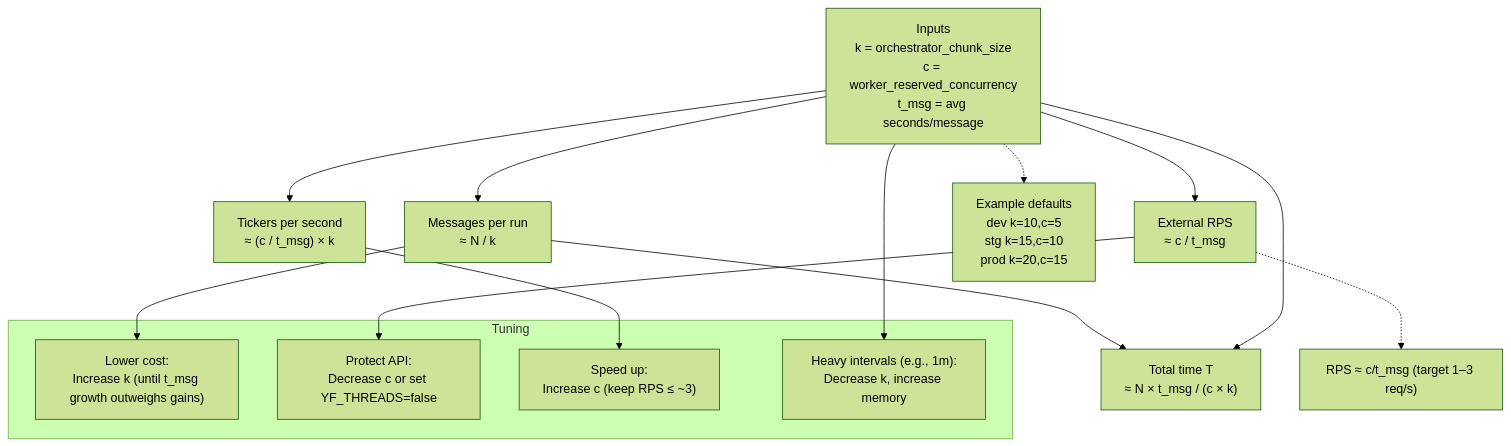
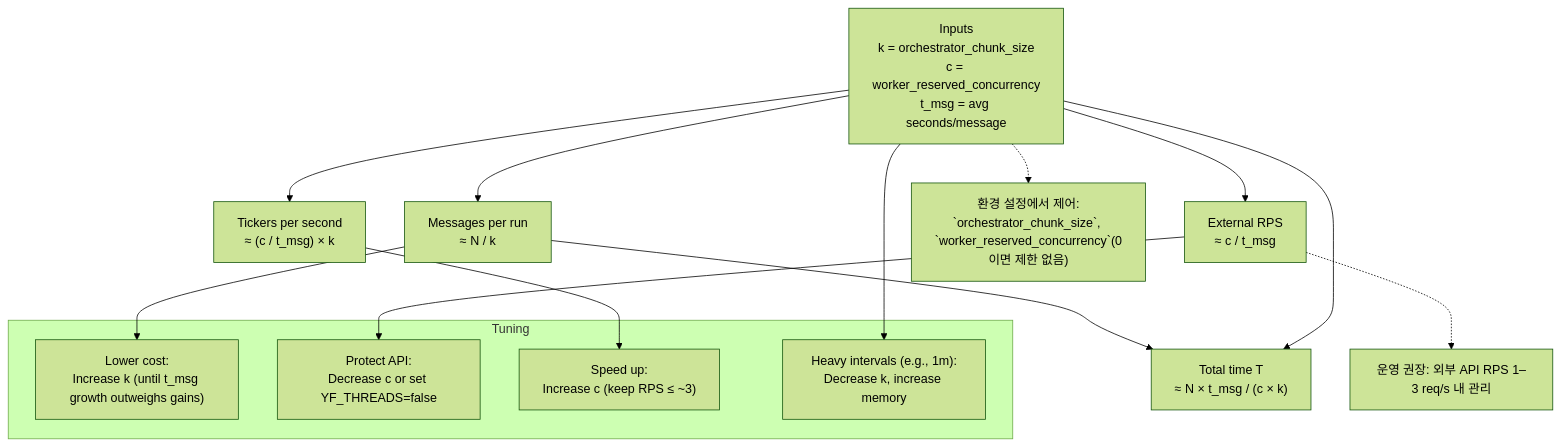
One commit to keemgdeok/fin-forge-pipeline changed the diagram in docs/diagrams/extract/05-concurrency-and-rps.md. Above: the diagram before and after it, drawn with Mermaid (forest theme). The commit also changed 35 other files, not shown here.

Commit message:
docs: refresh diagrams

````diff
--- a/docs/diagrams/extract/05-concurrency-and-rps.md
+++ b/docs/diagrams/extract/05-concurrency-and-rps.md
@@ -1,31 +1,31 @@
 ```mermaid
 flowchart TD
   A["Inputs<br/>k = orchestrator_chunk_size<br/>c = worker_reserved_concurrency<br/>t_msg = avg seconds/message"]
   B["Messages per run<br/>≈ N / k"]
   C["External RPS<br/>≈ c / t_msg"]
   D["Tickers per second<br/>≈ (c / t_msg) × k"]
   E["Total time T<br/>≈ N × t_msg / (c × k)"]
 
   A --> B
   A --> C
   A --> D
   A --> E
   B --> E
 
   subgraph Tuning
     F["Lower cost:<br/>Increase k (until t_msg growth outweighs gains)"]
     G["Protect API:<br/>Decrease c or set YF_THREADS=false"]
     H["Speed up:<br/>Increase c (keep RPS ≤ ~3)"]
     I["Heavy intervals (e.g., 1m):<br/>Decrease k, increase memory"]
   end
 
   C --> G
   D --> H
   B --> F
   A --> I
 
-  N1["Example defaults<br/>dev k=10,c=5<br/>stg k=15,c=10<br/>prod k=20,c=15"]
-  N2["RPS ≈ c/t_msg (target 1–3 req/s)"]
+  N1["환경 설정에서 제어:<br/>`orchestrator_chunk_size`, `worker_reserved_concurrency`(0이면 제한 없음)"]
+  N2["운영 권장: 외부 API RPS 1–3 req/s 내 관리"]
   A -.-> N1
   C -.-> N2
 ```
````
